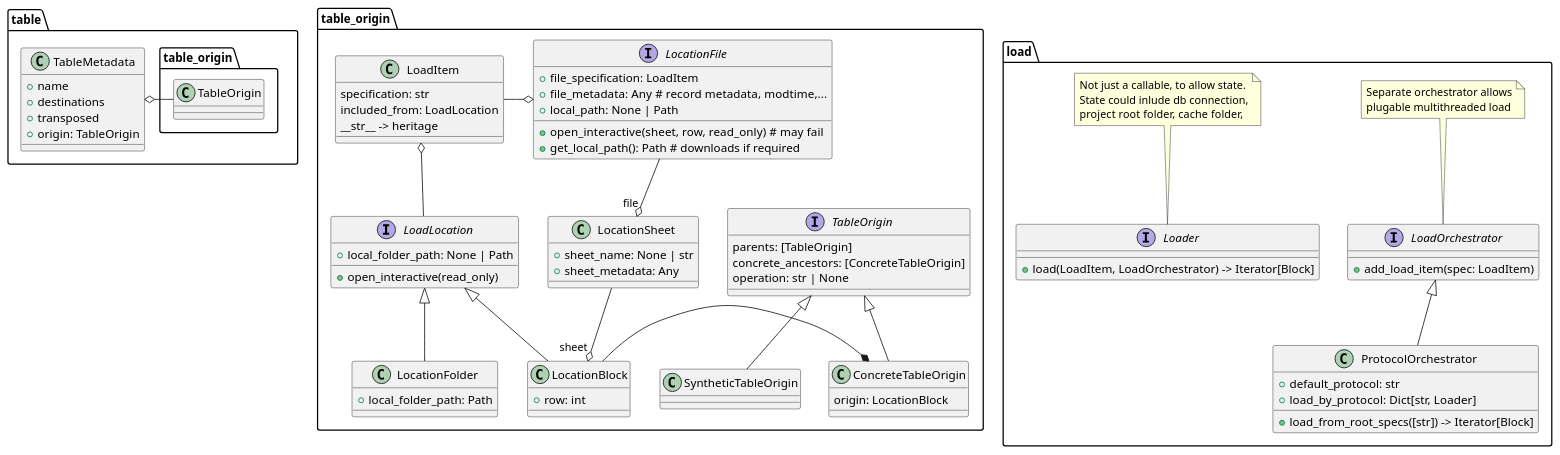
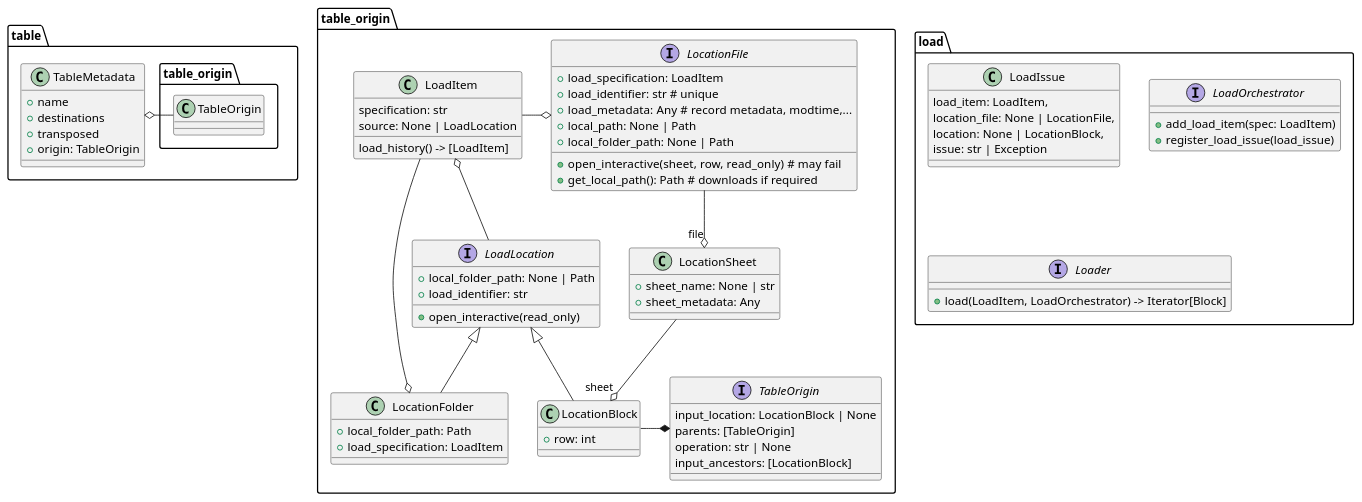
One commit to startable/pdtable changed the diagram in docs/diagrams/src/table_origin.puml. Above: the diagram before and after it, drawn with PlantUML. The commit also changed 1 other file, not shown here.

Commit message:
Implement table_origin data structures

```diff
--- a/docs/diagrams/src/table_origin.puml
+++ b/docs/diagrams/src/table_origin.puml
@@ -9,101 +9,92 @@
 @startuml Table Origin
 
 namespace load {
+    class LoadIssue {
+        load_item: LoadItem,
+        location_file: None | LocationFile,
+        location: None | LocationBlock,
+        issue: str | Exception
+    }
+
     interface LoadOrchestrator {
         + add_load_item(spec: LoadItem)
+        + register_load_issue(load_issue)
     }
-    note top
-        Separate orchestrator allows
-        plugable multithreaded load
-    end note
 
     interface Loader {
         + load(LoadItem, LoadOrchestrator) -> Iterator[Block]
     }
-    note top
-        Not just a callable, to allow state.
-        State could inlude db connection,
-        project root folder, cache folder,
-    end note
-
-    class ProtocolOrchestrator {
-        + default_protocol: str
-        + load_by_protocol: Dict[str, Loader]
-        + load_from_root_specs([str]) -> Iterator[Block]
-    }
-
-    LoadOrchestrator <|-- ProtocolOrchestrator
 }
 
 namespace table {
     class TableMetadata {
         + name
         + destinations
         + transposed
         + origin: TableOrigin
 
     }
     table_origin.TableOrigin -o TableMetadata
 }
 
 namespace table_origin {
     class LoadItem  {
         specification: str
-        included_from: LoadLocation
-        __str__ -> heritage
+        source: None | LoadLocation
+        load_history() -> [LoadItem]
     }
 
     class LocationFolder {
         + local_folder_path: Path
+        + load_specification: LoadItem
     }
 
     LoadItem o-- LoadLocation
     LoadLocation <|-- LocationBlock
     LoadLocation <|-- LocationFolder
 
+    LoadItem --o LocationFolder
+
     interface LoadLocation {
         + local_folder_path: None | Path
+        + load_identifier: str
         + open_interactive(read_only)
     }
 
     interface LocationFile {
-    + file_specification: LoadItem 
-    + file_metadata: Any  # record metadata, modtime,...
-    + open_interactive(sheet, row, read_only)  # may fail
-    + local_path: None | Path
-    + get_local_path(): Path # downloads if required
+        + load_specification: LoadItem 
+        + load_identifier: str # unique
+        + load_metadata: Any  # record metadata, modtime,...
+        + open_interactive(sheet, row, read_only)  # may fail
+        + local_path: None | Path
+        + local_folder_path: None | Path
+        + get_local_path(): Path # downloads if required
     }
 
     LoadItem  -o LocationFile
 
     class LocationSheet {
     + sheet_name: None | str
     + sheet_metadata: Any
     }
 
     LocationFile --o "file" LocationSheet
 
     class LocationBlock {
     + row: int
     }
 
     LocationSheet --o "sheet" LocationBlock
 
 
     interface TableOrigin {
+        input_location: LocationBlock | None
         parents: [TableOrigin]
-        concrete_ancestors: [ConcreteTableOrigin]
         operation: str | None
+        input_ancestors: [LocationBlock]
     }
 
-    class ConcreteTableOrigin {
-        origin: LocationBlock
-    }
-
-    TableOrigin <|-- ConcreteTableOrigin
-    TableOrigin <|-- SyntheticTableOrigin
-
-    LocationBlock -* ConcreteTableOrigin
+    LocationBlock -* TableOrigin
 }
 
 @enduml
```
